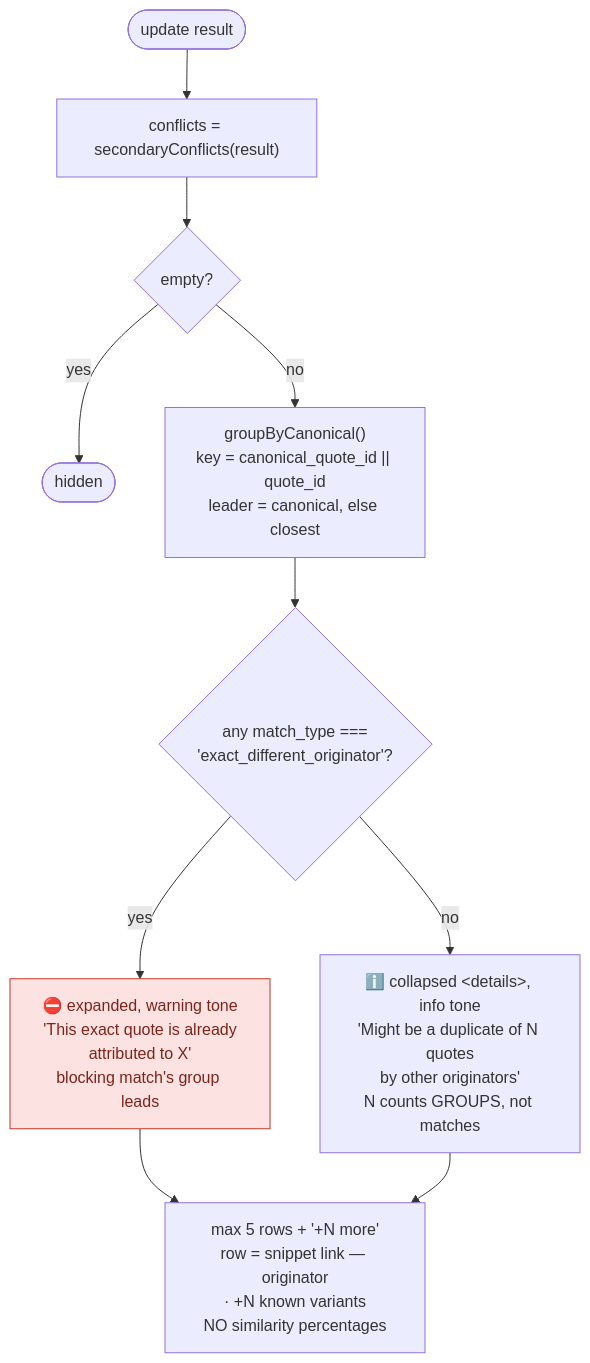
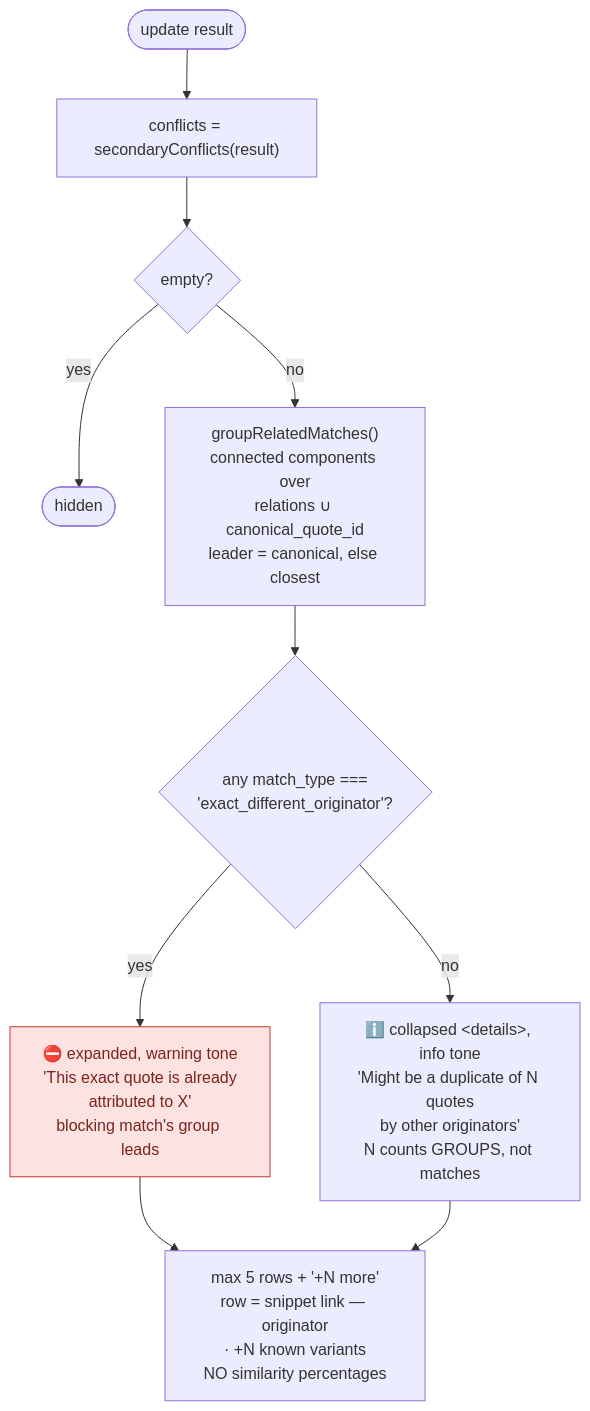
One commit to quotewise/quotewise-browser-extension changed the fifth of 6 diagrams in docs/status-and-badging-resolution.md. Above: the diagram before and after it, drawn with Mermaid. The commit also changed other lines of this file and 9 other files, not shown here.

````diff
--- a/docs/status-and-badging-resolution.md
+++ b/docs/status-and-badging-resolution.md
@@ -234,14 +231,14 @@
 ```mermaid
 flowchart TD
     A([update result]) --> B["conflicts = secondaryConflicts(result)"]
     B --> C{"empty?"}
     C -->|yes| H([hidden])
-    C -->|no| GR["groupByCanonical()<br/>key = canonical_quote_id || quote_id<br/>leader = canonical, else closest"]
+    C -->|no| GR["groupRelatedMatches()<br/>connected components over<br/>relations ∪ canonical_quote_id<br/>leader = canonical, else closest"]
     GR --> D{"any match_type ===<br/>'exact_different_originator'?"}
     D -->|yes| E["⛔ expanded, warning tone<br/>'This exact quote is already<br/>attributed to X'<br/>blocking match's group leads"]
     D -->|no| F["ℹ️ collapsed &lt;details&gt;, info tone<br/>'Might be a duplicate of N quotes<br/>by other originators'<br/>N counts GROUPS, not matches"]
     E & F --> G["max 5 rows + '+N more'<br/>row = snippet link — originator<br/>· +N known variants<br/>NO similarity percentages"]
 
     classDef danger fill:#fde2e2,stroke:#c0392b,color:#7b241c
     class E danger
 ```
````
